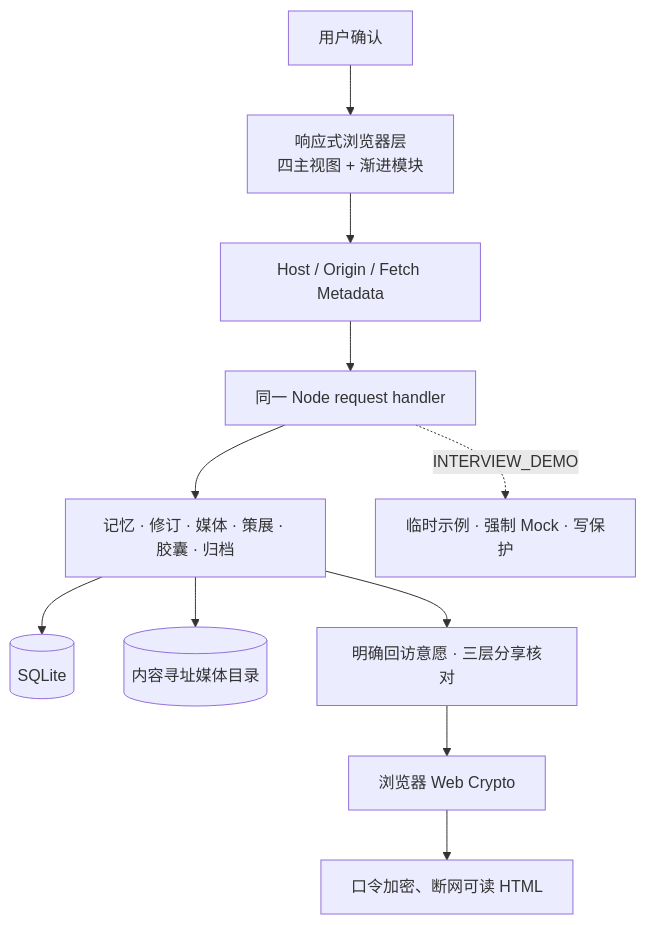
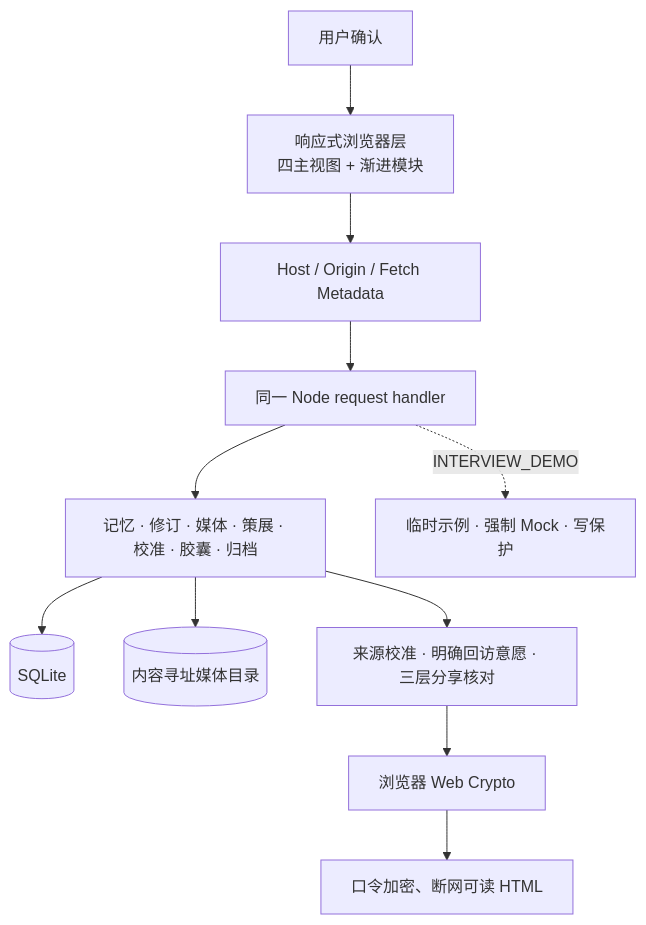
The diagram in README.md (JieE-212/AI_memory_museum), drawn with Mermaid before and after one commit. The commit also changed other lines of this file and 42 other files, not shown here.

Commit message:
feat: add evidence-backed uncertain timelines

````diff
--- a/README.md
+++ b/README.md
@@ -52,13 +53,13 @@
 ```mermaid
 flowchart TB
   U["用户确认"] --> B["响应式浏览器层<br/>四主视图 + 渐进模块"]
   B --> S["Host / Origin / Fetch Metadata"]
   S --> H["同一 Node request handler"]
-  H --> D["记忆 · 修订 · 媒体 · 策展 · 胶囊 · 归档"]
+  H --> D["记忆 · 修订 · 媒体 · 策展 · 校准 · 胶囊 · 归档"]
   D --> DB[("SQLite")]
   D --> FS[("内容寻址媒体目录")]
-  D --> G["明确回访意愿 · 三层分享核对"]
+  D --> G["来源校准 · 明确回访意愿 · 三层分享核对"]
   G --> C["浏览器 Web Crypto"]
   C --> O["口令加密、断网可读 HTML"]
   H -. "INTERVIEW_DEMO" .-> X["临时示例 · 强制 Mock · 写保护"]
 ```
````
